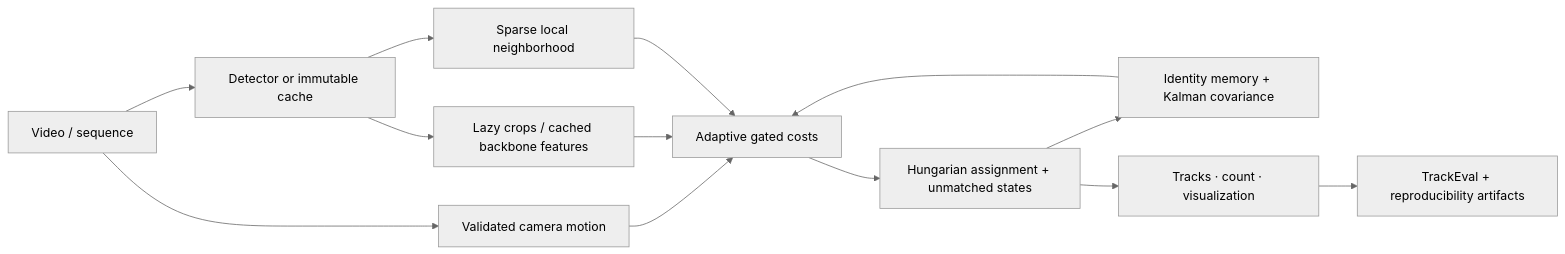
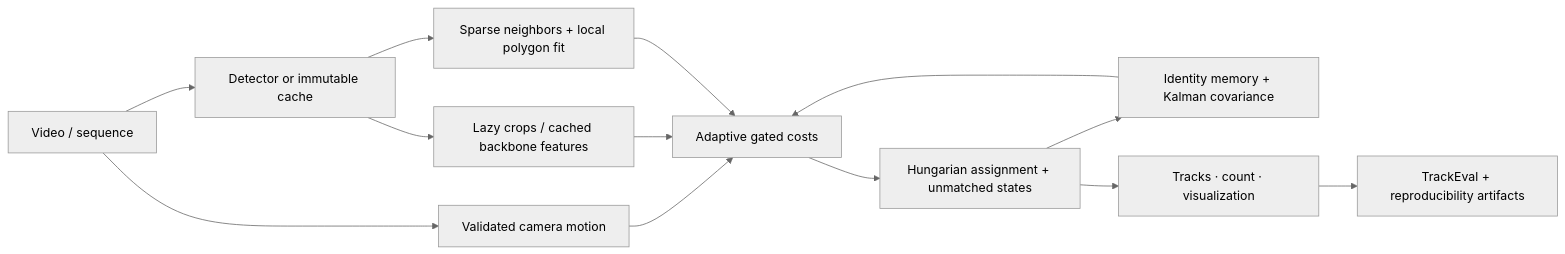
The diagram in README.md (FrogyKing/berrytrack), drawn with Mermaid (neutral theme) before and after one commit. The commit also changed other lines of this file and 10 other files, not shown here.

````diff
--- a/README.md
+++ b/README.md
@@ -131,15 +138,15 @@
 ```mermaid
 flowchart LR
     V[Video / sequence] --> D[Detector or immutable cache]
     V --> C[Validated camera motion]
     D --> E[Lazy crops / cached backbone features]
-    D --> G[Sparse local neighborhood]
+    D --> G[Sparse neighbors + local polygon fit]
     M[Identity memory + Kalman covariance] --> A[Adaptive gated costs]
     C --> A
     E --> A
     G --> A
     A --> H[Hungarian assignment + unmatched states]
     H --> M
     H --> O[Tracks · count · visualization]
     O --> Q[TrackEval + reproducibility artifacts]
 ```
````
